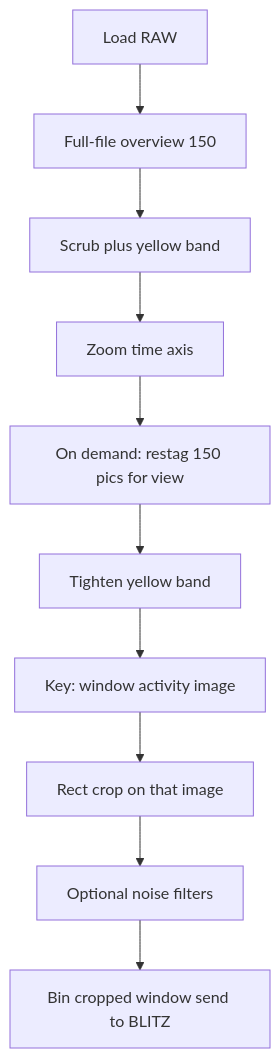
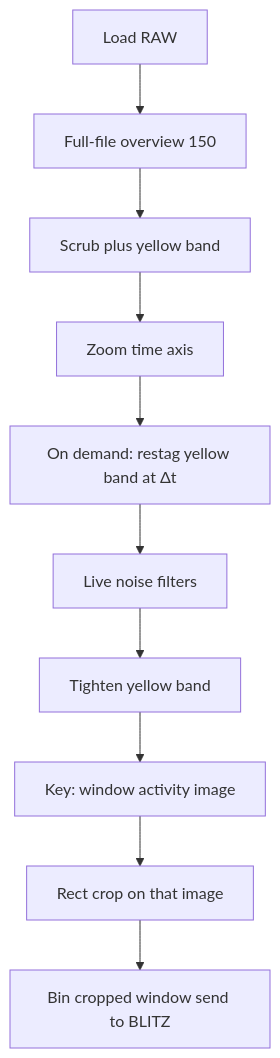
The first of 2 diagrams in README.md (PiMaV/event-reader), drawn with Mermaid before and after one commit. The commit also changed other lines of this file and 5 other files, not shown here.

First line of the commit message:
Match the local preview to send Δt and show noise filters without a BLITZ round-trip.

````diff
--- a/README.md
+++ b/README.md
@@ -13,12 +13,12 @@
 ```mermaid
 flowchart TD
   load[Load RAW] --> fullOv[Full-file overview 150]
   fullOv --> scrub[Scrub plus yellow band]
   scrub --> zoom[Zoom time axis]
-  zoom --> restag[On demand: restag 150 pics for view]
-  restag --> tight[Tighten yellow band]
+  zoom --> restag[On demand: restag yellow band at Δt]
+  restag --> filt[Live noise filters]
+  filt --> tight[Tighten yellow band]
   tight --> maxImg[Key: window activity image]
   maxImg --> rect[Rect crop on that image]
-  rect --> optFilt[Optional noise filters]
-  optFilt --> send[Bin cropped window send to BLITZ]
+  rect --> send[Bin cropped window send to BLITZ]
 ```
````
